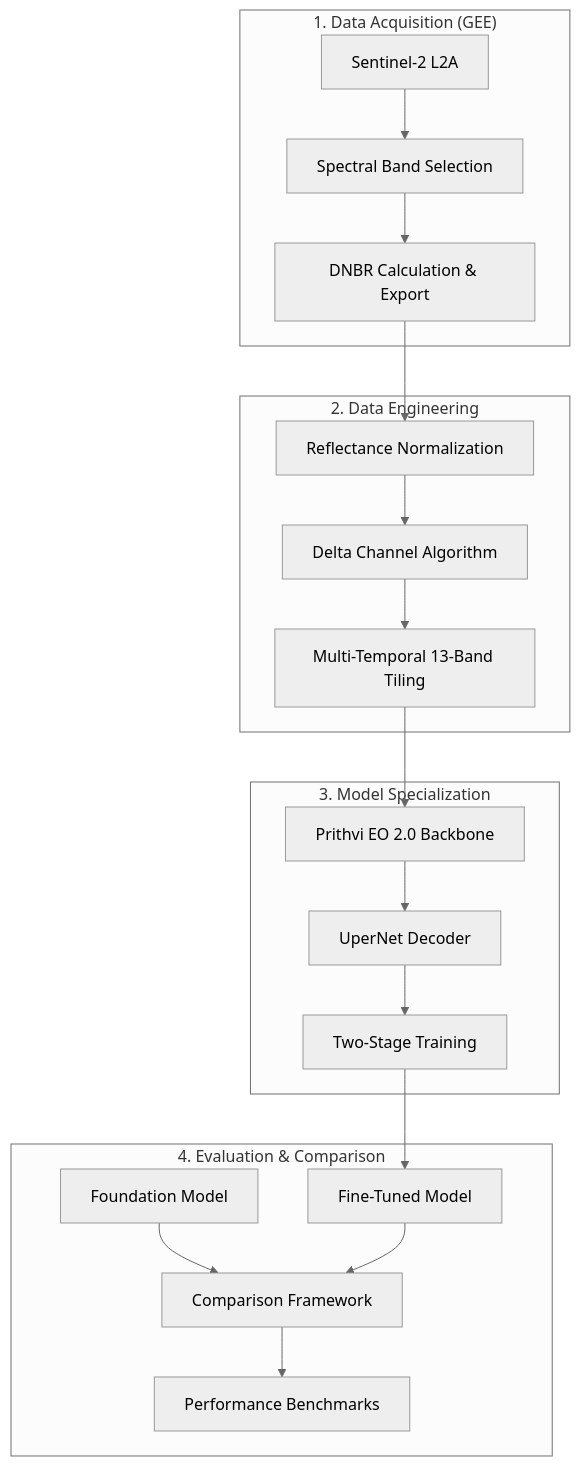
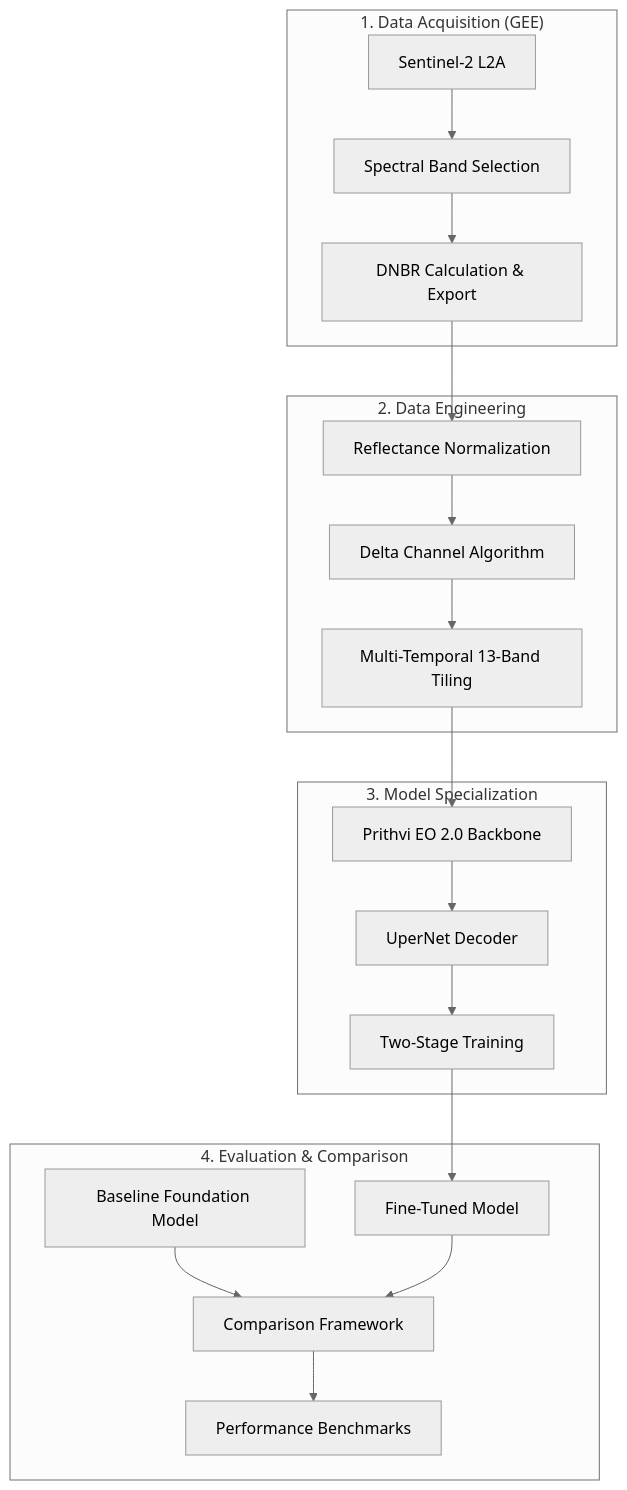
The diagram in README.md (Tushar365/GEE-Prithvi-BurnScar-End2End), drawn with Mermaid (neutral theme) before and after one commit. The commit also changed other lines of this file, not shown here.

Commit message:
refactor: Clarify terminology by renaming "Foundation Model" to "Baseline Model" and "Key Contributions" to "Algorithmic Contributions" in the README.

````diff
--- a/README.md
+++ b/README.md
@@ -34,26 +34,26 @@
 ```mermaid
 graph TD
-    subgraph GEE["1. Data Acquisition (GEE)"]
+    subgraph GEE ["1. Data Acquisition (GEE)"]
         A[Sentinel-2 L2A] --> B[Spectral Band Selection]
         B --> C[DNBR Calculation & Export]
     end
 
-    subgraph Engineering["2. Data Engineering"]
+    subgraph Engineering ["2. Data Engineering"]
         C --> D[Reflectance Normalization]
         D --> E[Delta Channel Algorithm]
         E --> F[Multi-Temporal 13-Band Tiling]
     end
 
-    subgraph Model["3. Model Specialization"]
+    subgraph Model ["3. Model Specialization"]
         F --> G[Prithvi EO 2.0 Backbone]
         G --> H[UperNet Decoder]
         H --> I[Two-Stage Training]
     end
 
-    subgraph Eval["4. Evaluation & Comparison"]
+    subgraph Eval ["4. Evaluation & Comparison"]
         I --> J[Fine-Tuned Model]
-        K[Foundation Model] --> L[Comparison Framework]
+        K[Baseline Foundation Model] --> L[Comparison Framework]
         J --> L
         L --> M[Performance Benchmarks]
     end
 ```
````
